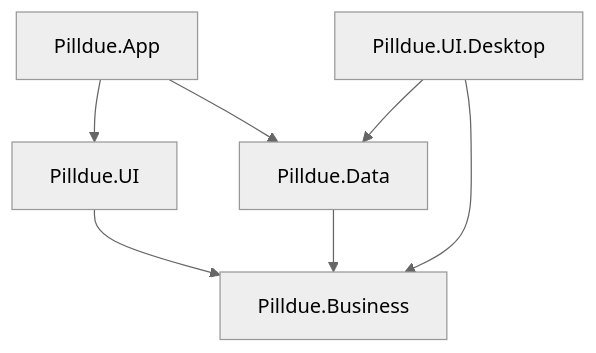
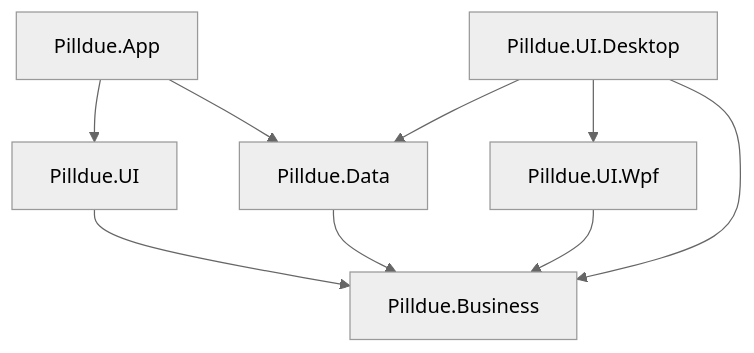
Before and after one commit to djordjevics/pilldue: the diagram in docs/architecture.md, drawn with Mermaid (neutral theme). The commit also changed other lines of this file and 21 other files, not shown here.

First line of the commit message:
Move WPF screens onto the shared business interface.

````diff
--- a/docs/architecture.md
+++ b/docs/architecture.md
@@ -58,9 +59,11 @@
 ```mermaid
 flowchart TB
   App[Pilldue.App] --> UI[Pilldue.UI]
   App --> Data[Pilldue.Data]
   Desktop[Pilldue.UI.Desktop] --> Data
+  Desktop --> Wpf[Pilldue.UI.Wpf]
   Desktop --> Business[Pilldue.Business]
   UI --> Business
+  Wpf --> Business
   Data --> Business
 ```
````
